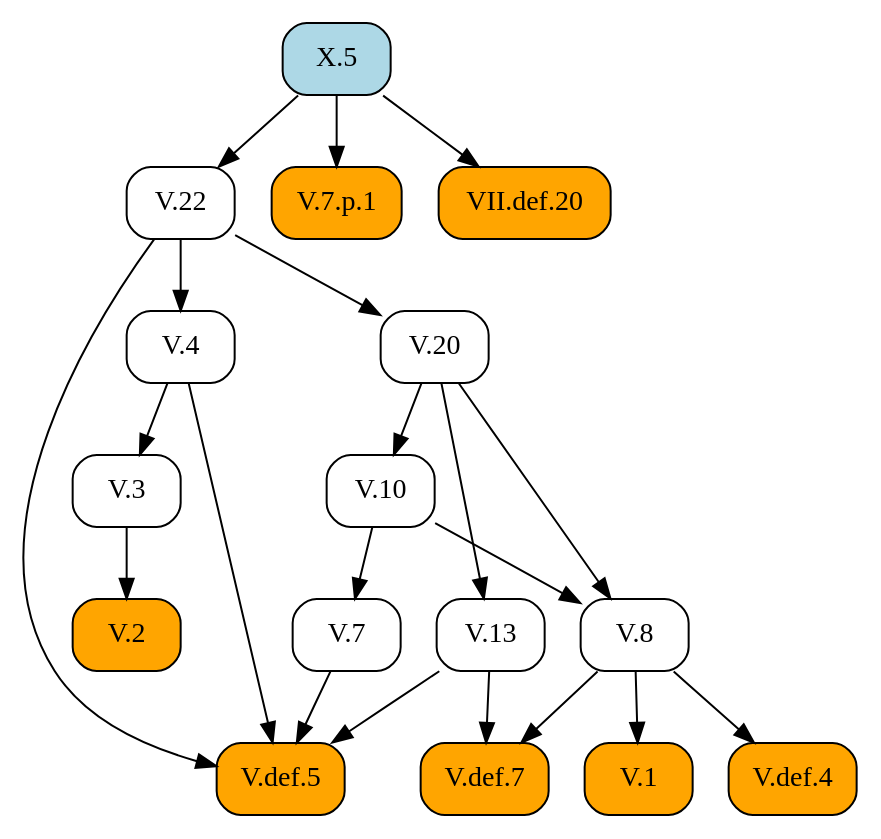
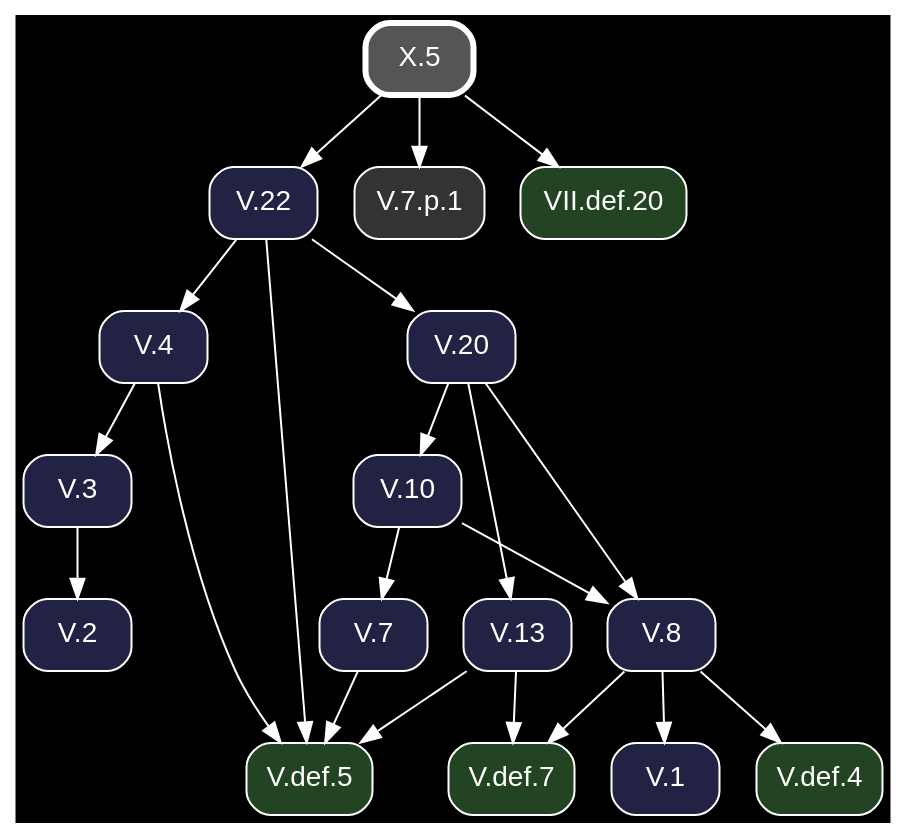
The diagram in docsrc/heath/X/5/index.rst (geometor/elements), drawn with Graphviz before and after one commit. The commit also changed other lines of this file and 1200 other files, not shown here.

Commit message:
update dependency graphs

```diff
--- a/docsrc/heath/X/5/index.rst
+++ b/docsrc/heath/X/5/index.rst
@@ -52,42 +52,44 @@
 .. graphviz::
 
    digraph {
+     bgcolor="black";
+     node [shape=box, style="rounded,filled", fontname="Helvetica", color="white", fontcolor="white"];
+     edge [color="white", fontcolor="white"];
      rankdir="TB";
-     node [shape=box, style=rounded];
-     "V.2" [style="rounded,filled", fillcolor=orange, URL="/heath/V/2/", target="_top"];
-     "V.10" [URL="/heath/V/10/", target="_top"];
-     "V.4" [URL="/heath/V/4/", target="_top"];
-     "V.def.7" [style="rounded,filled", fillcolor=orange, URL="/heath/V/def.7/", target="_top"];
-     "V.22" [URL="/heath/V/22/", target="_top"];
-     "V.1" [style="rounded,filled", fillcolor=orange, URL="/heath/V/1/", target="_top"];
-     "V.13" [URL="/heath/V/13/", target="_top"];
-     "V.3" [URL="/heath/V/3/", target="_top"];
-     "V.20" [URL="/heath/V/20/", target="_top"];
-     "V.7" [URL="/heath/V/7/", target="_top"];
-     "V.7.p.1" [style="rounded,filled", fillcolor=orange];
-     "X.5" [style="rounded,filled", fillcolor=lightblue, URL="/heath/X/5/", target="_top"];
-     "V.def.5" [style="rounded,filled", fillcolor=orange, URL="/heath/V/def.5/", target="_top"];
-     "VII.def.20" [style="rounded,filled", fillcolor=orange, URL="/heath/VII/def.20/", target="_top"];
-     "V.def.4" [style="rounded,filled", fillcolor=orange, URL="/heath/V/def.4/", target="_top"];
-     "V.8" [URL="/heath/V/8/", target="_top"];
-     "V.3" -> "V.2";
-     "V.20" -> "V.10";
-     "V.22" -> "V.4";
-     "V.8" -> "V.def.7";
-     "V.13" -> "V.def.7";
-     "X.5" -> "V.22";
-     "V.8" -> "V.1";
-     "V.20" -> "V.13";
-     "V.4" -> "V.3";
-     "V.22" -> "V.20";
-     "V.10" -> "V.7";
-     "X.5" -> "V.7.p.1";
+     "V.def.5" [fillcolor="#224422", URL="/heath/V/def.5/", target="_top"];
+     "V.22" [fillcolor="#222244", URL="/heath/V/22/", target="_top"];
+     "V.1" [fillcolor="#222244", URL="/heath/V/1/", target="_top"];
+     "V.2" [fillcolor="#222244", URL="/heath/V/2/", target="_top"];
+     "V.def.7" [fillcolor="#224422", URL="/heath/V/def.7/", target="_top"];
+     "V.def.4" [fillcolor="#224422", URL="/heath/V/def.4/", target="_top"];
+     "V.20" [fillcolor="#222244", URL="/heath/V/20/", target="_top"];
+     "V.4" [fillcolor="#222244", URL="/heath/V/4/", target="_top"];
+     "V.13" [fillcolor="#222244", URL="/heath/V/13/", target="_top"];
+     "V.7.p.1" [fillcolor="#333333"];
+     "VII.def.20" [fillcolor="#224422", URL="/heath/VII/def.20/", target="_top"];
+     "V.8" [fillcolor="#222244", URL="/heath/V/8/", target="_top"];
+     "X.5" [penwidth=3, color="white", fillcolor="#555555", URL="/heath/X/5/", target="_top"];
+     "V.7" [fillcolor="#222244", URL="/heath/V/7/", target="_top"];
+     "V.3" [fillcolor="#222244", URL="/heath/V/3/", target="_top"];
+     "V.10" [fillcolor="#222244", URL="/heath/V/10/", target="_top"];
      "V.4" -> "V.def.5";
      "V.7" -> "V.def.5";
      "V.13" -> "V.def.5";
      "V.22" -> "V.def.5";
+     "X.5" -> "V.22";
+     "V.8" -> "V.1";
+     "V.3" -> "V.2";
+     "V.8" -> "V.def.7";
+     "V.13" -> "V.def.7";
+     "V.8" -> "V.def.4";
+     "V.22" -> "V.20";
+     "V.22" -> "V.4";
+     "V.20" -> "V.13";
+     "X.5" -> "V.7.p.1";
      "X.5" -> "VII.def.20";
-     "V.8" -> "V.def.4";
      "V.10" -> "V.8";
      "V.20" -> "V.8";
+     "V.10" -> "V.7";
+     "V.4" -> "V.3";
+     "V.20" -> "V.10";
    }
```
